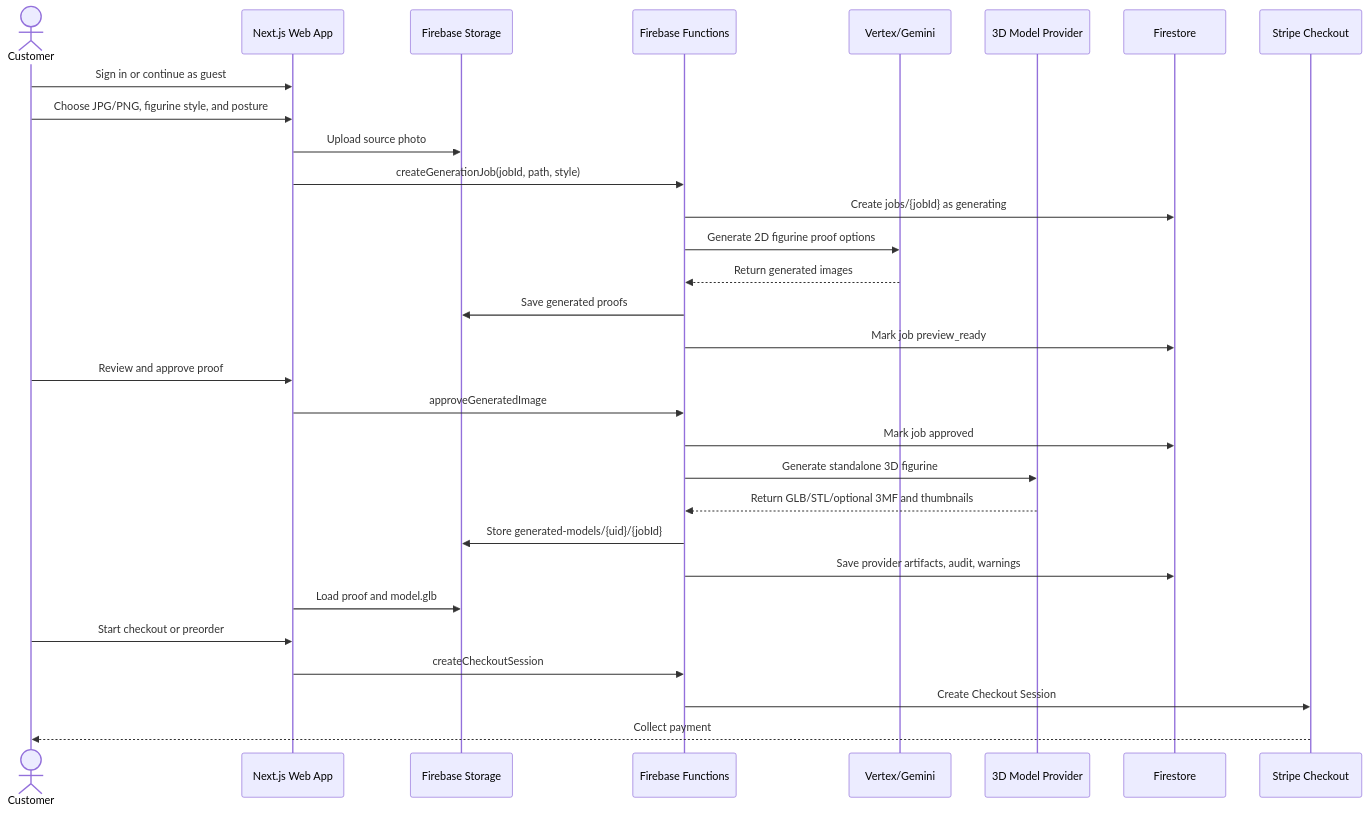
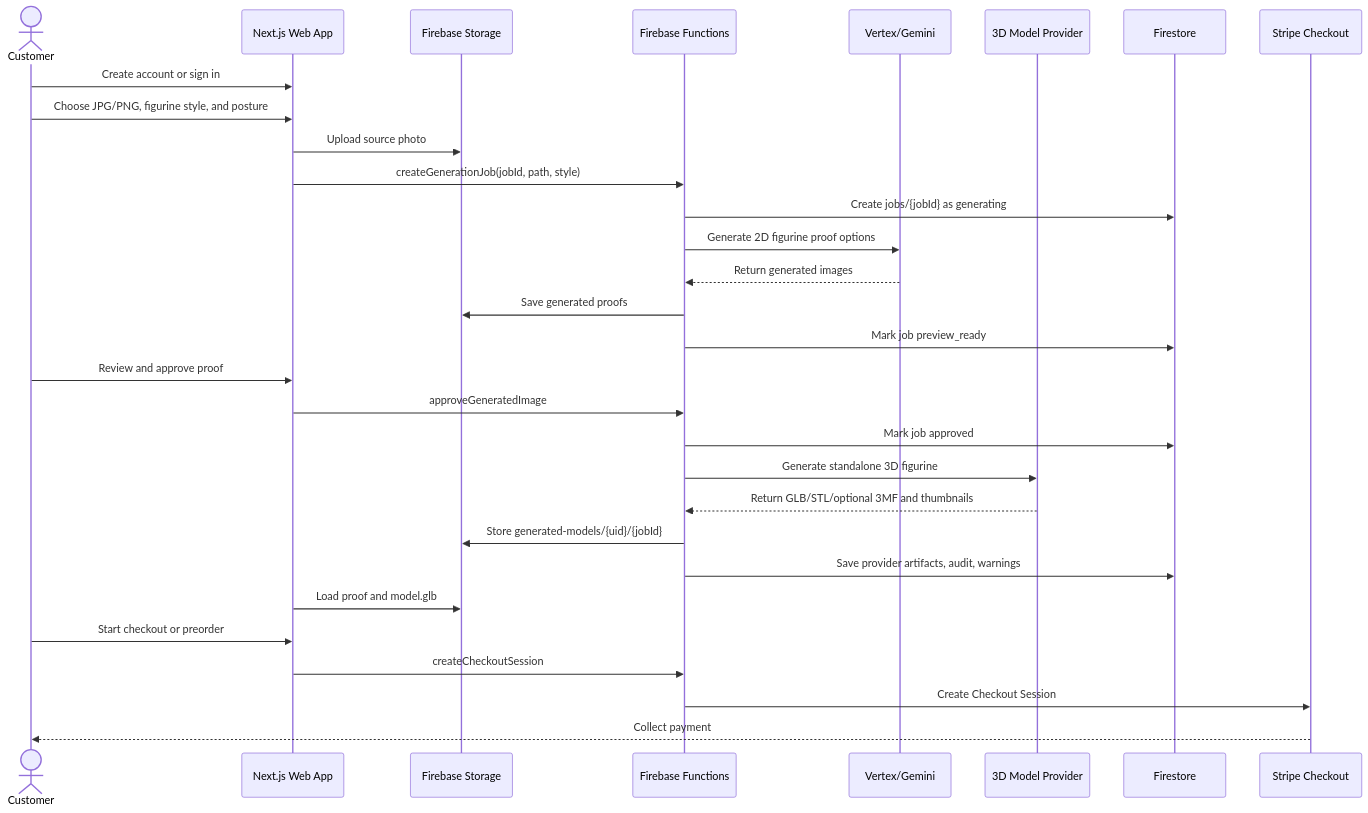
Before and after one commit to KielRN/3dprintposters: the second of 3 diagrams in README.md, drawn with Mermaid. The commit also changed other lines of this file and 42 other files, not shown here.

````diff
--- a/README.md
+++ b/README.md
@@ -97,33 +97,33 @@
 ```mermaid
 sequenceDiagram
   actor Customer
   participant Web as Next.js Web App
   participant Storage as Firebase Storage
   participant Fn as Firebase Functions
   participant AI as Vertex/Gemini
   participant Model as 3D Model Provider
   participant DB as Firestore
   participant Stripe as Stripe Checkout
 
-  Customer->>Web: Sign in or continue as guest
+  Customer->>Web: Create account or sign in
   Customer->>Web: Choose JPG/PNG, figurine style, and posture
   Web->>Storage: Upload source photo
   Web->>Fn: createGenerationJob(jobId, path, style)
   Fn->>DB: Create jobs/{jobId} as generating
   Fn->>AI: Generate 2D figurine proof options
   AI-->>Fn: Return generated images
   Fn->>Storage: Save generated proofs
   Fn->>DB: Mark job preview_ready
   Customer->>Web: Review and approve proof
   Web->>Fn: approveGeneratedImage
   Fn->>DB: Mark job approved
   Fn->>Model: Generate standalone 3D figurine
   Model-->>Fn: Return GLB/STL/optional 3MF and thumbnails
   Fn->>Storage: Store generated-models/{uid}/{jobId}
   Fn->>DB: Save provider artifacts, audit, warnings
   Web->>Storage: Load proof and model.glb
   Customer->>Web: Start checkout or preorder
   Web->>Fn: createCheckoutSession
   Fn->>Stripe: Create Checkout Session
   Stripe-->>Customer: Collect payment
 ```
````
